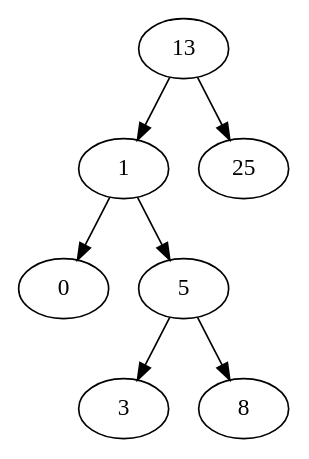
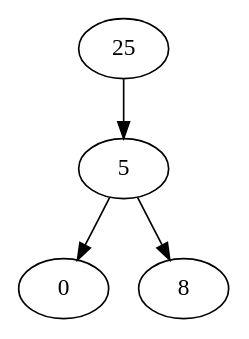
Before and after one commit to ejovo13/DSA_TP1: the diagram in TP3/test_rem10.dot, drawn with Graphviz. The commit also changed 15 other files, not shown here.

```diff
--- a/TP3/test_rem10.dot
+++ b/TP3/test_rem10.dot
@@ -1,9 +1,6 @@
 digraph {
-  13 -> { 1 25 }
-  1 -> { 0 5 }
+  25 -> 5
+  5 -> { 0 8 }
   0
-  5 -> { 3 8 }
-  3
   8
-  25
 }
```
